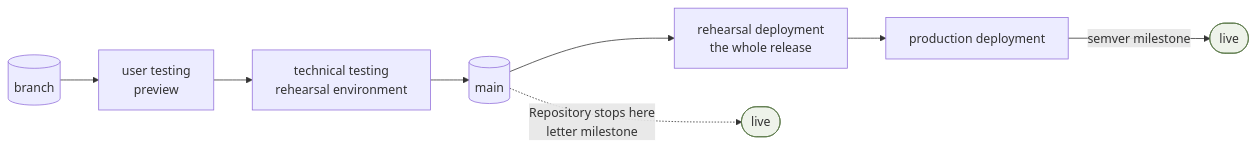
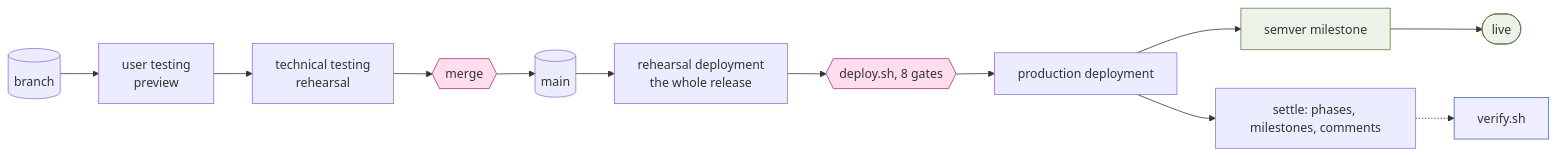
The fourth of 8 diagrams in docs/changes/workstreams/delivery-tooling/383-one-board-model/flows.md (delphside/programme), drawn with Mermaid before and after one commit. The commit also changed other lines of this file and 2 other files, not shown here.

First line of the commit message:
app 0.8.1 api 2.13: derive the model from the flows and the reports, not from the scripts

````diff
--- a/docs/changes/workstreams/delivery-tooling/383-one-board-model/flows.md
+++ b/docs/changes/workstreams/delivery-tooling/383-one-board-model/flows.md
@@ -140,13 +135,19 @@
 ```mermaid
 flowchart LR
   B[(branch)] --> U[user testing<br/>preview]
-  U --> T[technical testing<br/>rehearsal environment]
-  T --> M[(main)]
+  U --> T[technical testing<br/>rehearsal]
+  T --> MG{{merge}} --> M[(main)]
   M --> RD[rehearsal deployment<br/>the whole release]
-  RD --> P[production deployment]
-  M -.->|Repository stops here<br/>letter milestone| LIVE1([live])
-  P -->|semver milestone| LIVE2([live])
+  RD --> DEP{{deploy.sh, 8 gates}}
+  DEP --> P[production deployment]
+  P --> MS[semver milestone] --> LIVE([live])
+  P --> SET[settle: phases, milestones, comments]
+  SET -.-> V[verify.sh]
 
+  classDef gate fill:#fde,stroke:#a36
+  classDef check fill:#eef,stroke:#46a
   classDef done fill:#eef3ea,stroke:#5c7a4a
-  class LIVE1,LIVE2 done
+  class MG,DEP gate
+  class V check
+  class LIVE,MS done
 ```
````
